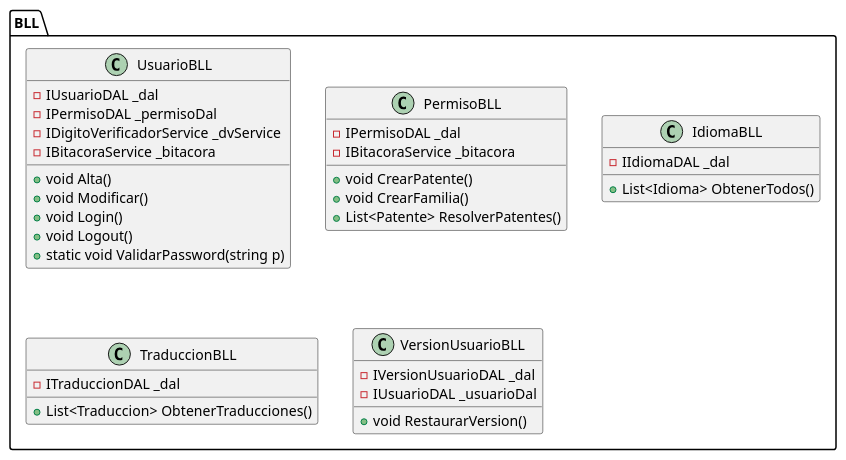
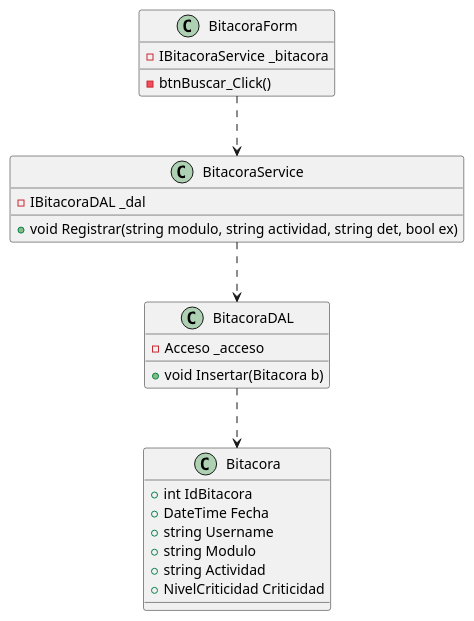
One commit to LautiSmyth/Stach changed the eighth of 25 diagrams in Documentacion/diagrams_code.md. Above: the diagram before and after it, drawn with PlantUML. The commit also changed other lines of this file, not shown here.

Commit message:
Docs: Restructurar codigos de diagramas organizados por Entrega 1 y Entrega 2 de Excel

````diff
--- a/Documentacion/diagrams_code.md
+++ b/Documentacion/diagrams_code.md
@@ -156,37 +193,27 @@
 ```plantuml
 @startuml
-package BLL {
-    class UsuarioBLL {
-        -IUsuarioDAL _dal
-        -IPermisoDAL _permisoDal
-        -IDigitoVerificadorService _dvService
-        -IBitacoraService _bitacora
-        +void Alta()
-        +void Modificar()
-        +void Login()
-        +void Logout()
-        +static void ValidarPassword(string p)
-    }
-    class PermisoBLL {
-        -IPermisoDAL _dal
-        -IBitacoraService _bitacora
-        +void CrearPatente()
-        +void CrearFamilia()
-        +List<Patente> ResolverPatentes()
-    }
-    class IdiomaBLL {
-        -IIdiomaDAL _dal
-        +List<Idioma> ObtenerTodos()
-    }
-    class TraduccionBLL {
-        -ITraduccionDAL _dal
-        +List<Traduccion> ObtenerTraducciones()
-    }
-    class VersionUsuarioBLL {
-        -IVersionUsuarioDAL _dal
-        -IUsuarioDAL _usuarioDal
-        +void RestaurarVersion()
-    }
+class BitacoraForm {
+    -IBitacoraService _bitacora
+    -btnBuscar_Click()
 }
+class BitacoraService {
+    -IBitacoraDAL _dal
+    +void Registrar(string modulo, string actividad, string det, bool ex)
+}
+class BitacoraDAL {
+    -Acceso _acceso
+    +void Insertar(Bitacora b)
+}
+class Bitacora {
+    +int IdBitacora
+    +DateTime Fecha
+    +string Username
+    +string Modulo
+    +string Actividad
+    +NivelCriticidad Criticidad
+}
+BitacoraForm ..> BitacoraService
+BitacoraService ..> BitacoraDAL
+BitacoraDAL ..> Bitacora
 @enduml
 ```
````
